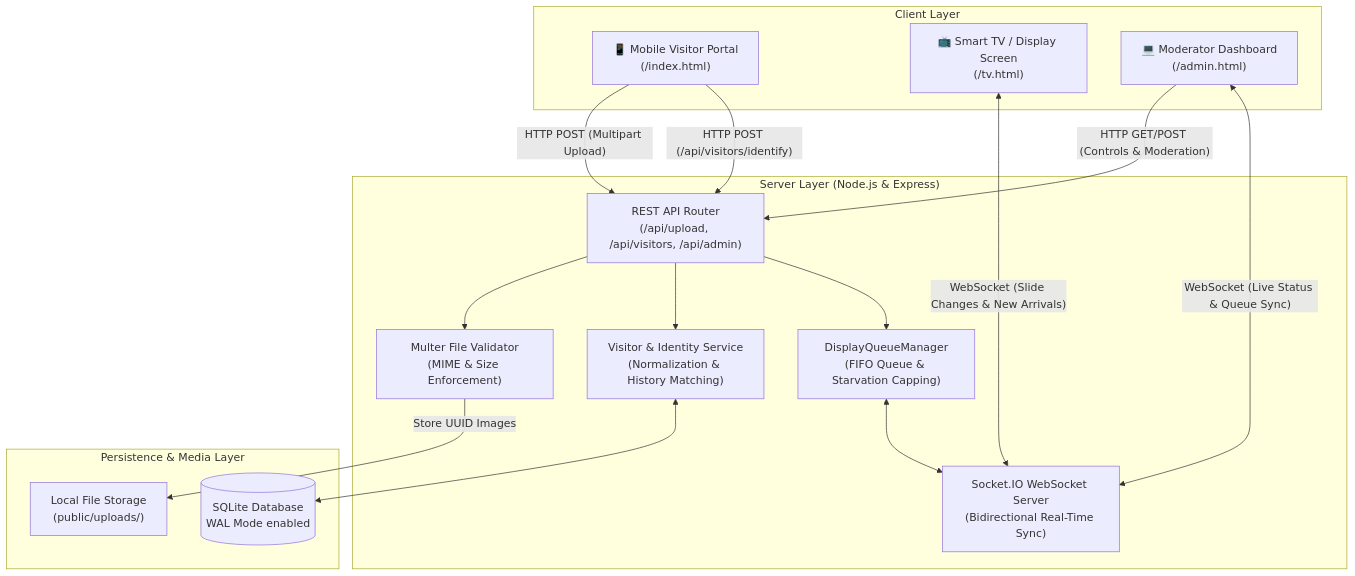
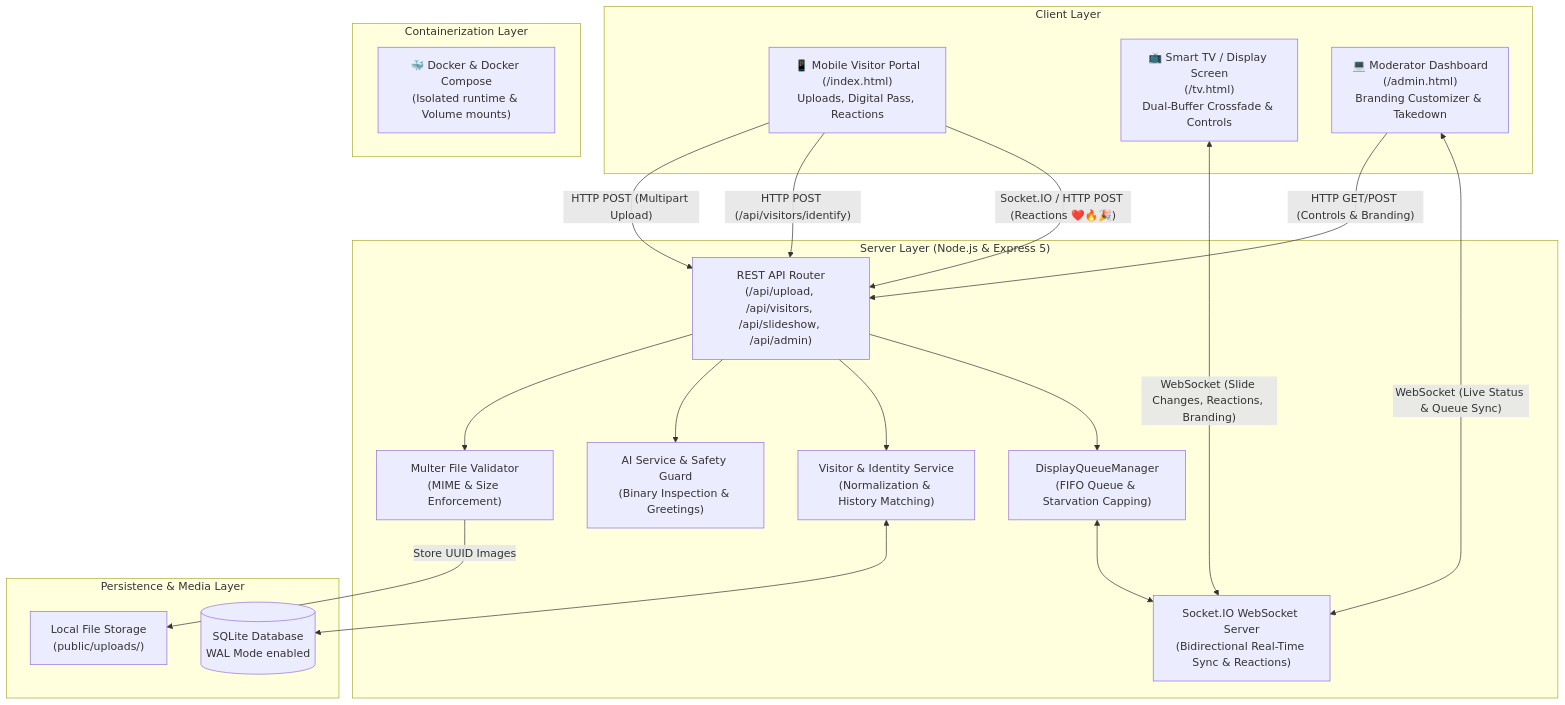
One commit to KetanDabhi0827/project changed the first of 4 diagrams in ARCHITECTURE.md. Above: the diagram before and after it, drawn with Mermaid. The commit also changed other lines of this file and 4 other files, not shown here.

Commit message:
docs: update documentation, test plans, and architectural diagrams for advanced features

````diff
--- a/ARCHITECTURE.md
+++ b/ARCHITECTURE.md
@@ -11,34 +11,41 @@
 ```mermaid
 flowchart TD
     subgraph Clients["Client Layer"]
-        Mobile["📱 Mobile Visitor Portal<br/>(/index.html)"]
-        SmartTV["📺 Smart TV / Display Screen<br/>(/tv.html)"]
-        Admin["💻 Moderator Dashboard<br/>(/admin.html)"]
+        Mobile["📱 Mobile Visitor Portal<br/>(/index.html)<br/>Uploads, Digital Pass, Reactions"]
+        SmartTV["📺 Smart TV / Display Screen<br/>(/tv.html)<br/>Dual-Buffer Crossfade & Controls"]
+        Admin["💻 Moderator Dashboard<br/>(/admin.html)<br/>Branding Customizer & Takedown"]
     end
 
-    subgraph Server["Server Layer (Node.js & Express)"]
-        HTTPRouter["REST API Router<br/>(/api/upload, /api/visitors, /api/admin)"]
-        SocketServer["Socket.IO WebSocket Server<br/>(Bidirectional Real-Time Sync)"]
+    subgraph Server["Server Layer (Node.js & Express 5)"]
+        HTTPRouter["REST API Router<br/>(/api/upload, /api/visitors, /api/slideshow, /api/admin)"]
+        SocketServer["Socket.IO WebSocket Server<br/>(Bidirectional Real-Time Sync & Reactions)"]
         QueueManager["DisplayQueueManager<br/>(FIFO Queue & Starvation Capping)"]
         VisitorEngine["Visitor & Identity Service<br/>(Normalization & History Matching)"]
+        AIService["AI Service & Safety Guard<br/>(Binary Inspection & Greetings)"]
         MulterEngine["Multer File Validator<br/>(MIME & Size Enforcement)"]
     end
 
     subgraph Storage["Persistence & Media Layer"]
         SQLite[("SQLite Database<br/>WAL Mode enabled")]
         DiskStorage["Local File Storage<br/>(public/uploads/)"]
     end
 
+    subgraph Container["Containerization Layer"]
+        Docker["🐳 Docker & Docker Compose<br/>(Isolated runtime & Volume mounts)"]
+    end
+
     Mobile -->|"HTTP POST (Multipart Upload)"| HTTPRouter
     Mobile -->|"HTTP POST (/api/visitors/identify)"| HTTPRouter
-    Admin -->|"HTTP GET/POST (Controls & Moderation)"| HTTPRouter
+    Mobile -->|"Socket.IO / HTTP POST (Reactions ❤️🔥🎉)"| HTTPRouter
+    Admin -->|"HTTP GET/POST (Controls & Branding)"| HTTPRouter
     Admin <-->|"WebSocket (Live Status & Queue Sync)"| SocketServer
-    SmartTV <-->|"WebSocket (Slide Changes & New Arrivals)"| SocketServer
+    SmartTV <-->|"WebSocket (Slide Changes, Reactions, Branding)"| SocketServer
 
     HTTPRouter --> MulterEngine
     MulterEngine -->|"Store UUID Images"| DiskStorage
+    HTTPRouter --> AIService
     HTTPRouter --> VisitorEngine
     VisitorEngine <--> SQLite
     HTTPRouter --> QueueManager
     QueueManager <--> SocketServer
 ```
````
